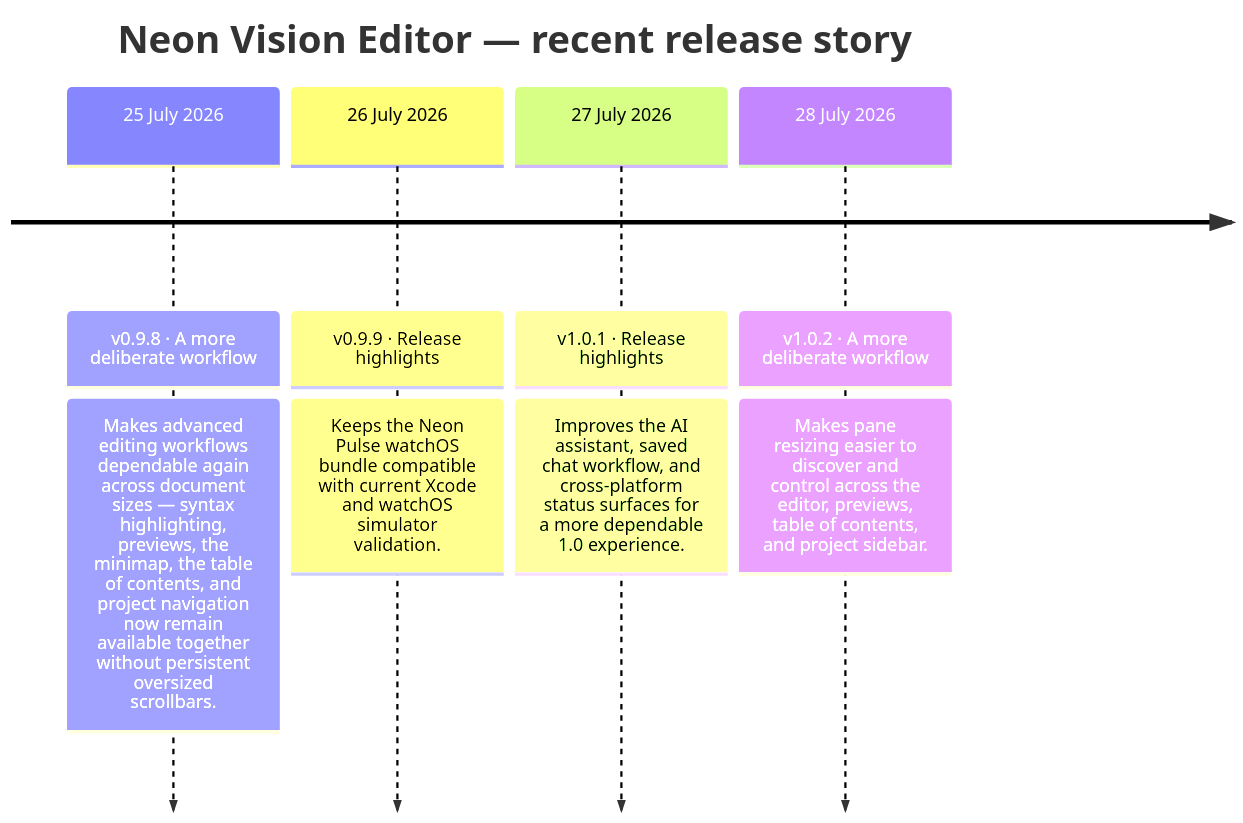
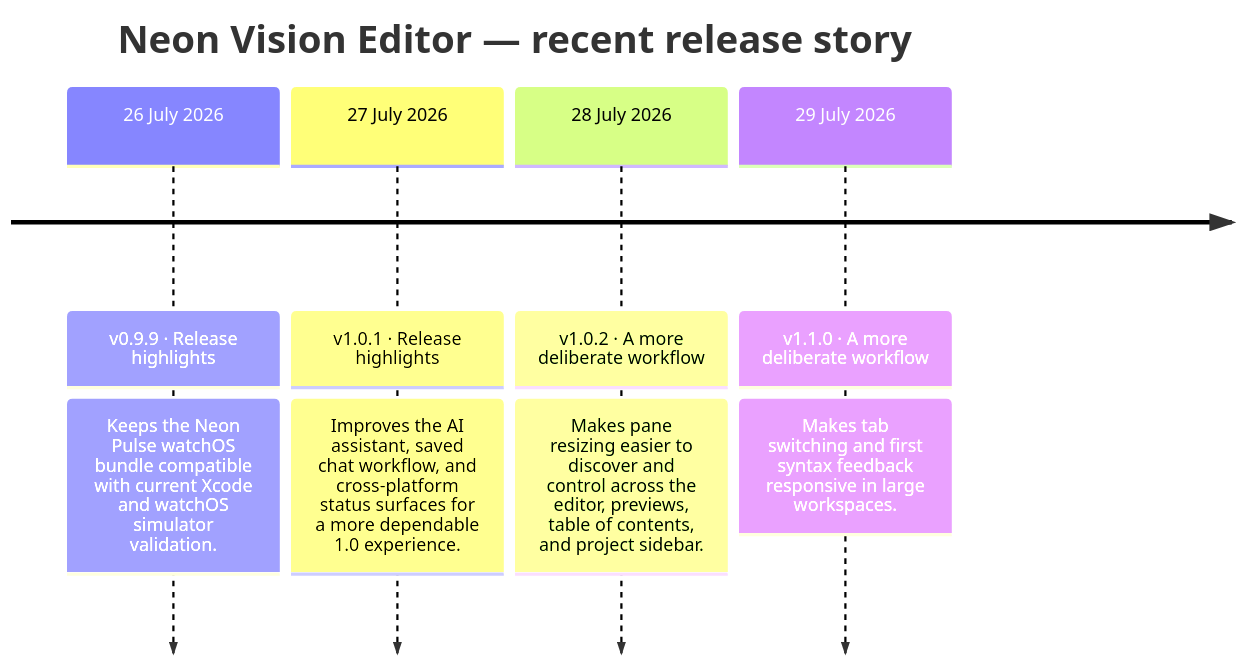
The second of 2 diagrams in README.md (h3pdesign/Neon-Vision-Editor), drawn with Mermaid before and after one commit. The commit also changed other lines of this file and 23 other files, not shown here.

````diff
--- a/README.md
+++ b/README.md
@@ -765,12 +757,12 @@
 ```mermaid
 timeline
     title Neon Vision Editor — recent release story
-    25 July 2026 : v0.9.8 · A more deliberate workflow
-                : Makes advanced editing workflows dependable again across document sizes — syntax highlighting, previews, the minimap, the table of contents, and project navigation now remain available together without persistent oversized scrollbars.
     26 July 2026 : v0.9.9 · Release highlights
                 : Keeps the Neon Pulse watchOS bundle compatible with current Xcode and watchOS simulator validation.
     27 July 2026 : v1.0.1 · Release highlights
                 : Improves the AI assistant, saved chat workflow, and cross-platform status surfaces for a more dependable 1.0 experience.
     28 July 2026 : v1.0.2 · A more deliberate workflow
                 : Makes pane resizing easier to discover and control across the editor, previews, table of contents, and project sidebar.
+    29 July 2026 : v1.1.0 · A more deliberate workflow
+                : Makes tab switching and first syntax feedback responsive in large workspaces.
 ```
````
